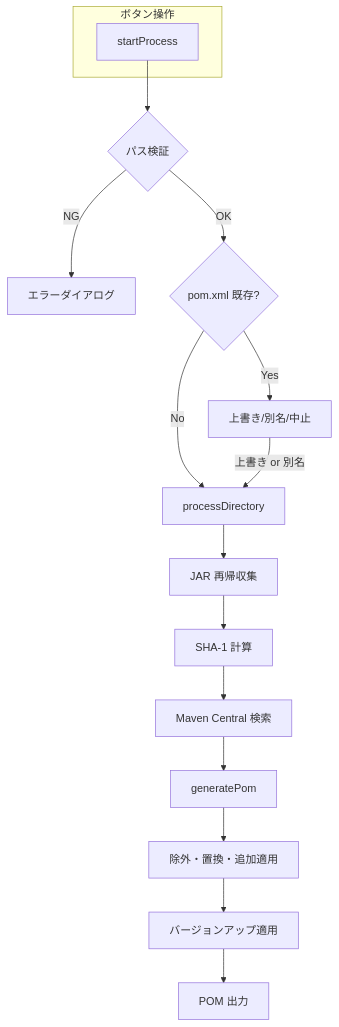
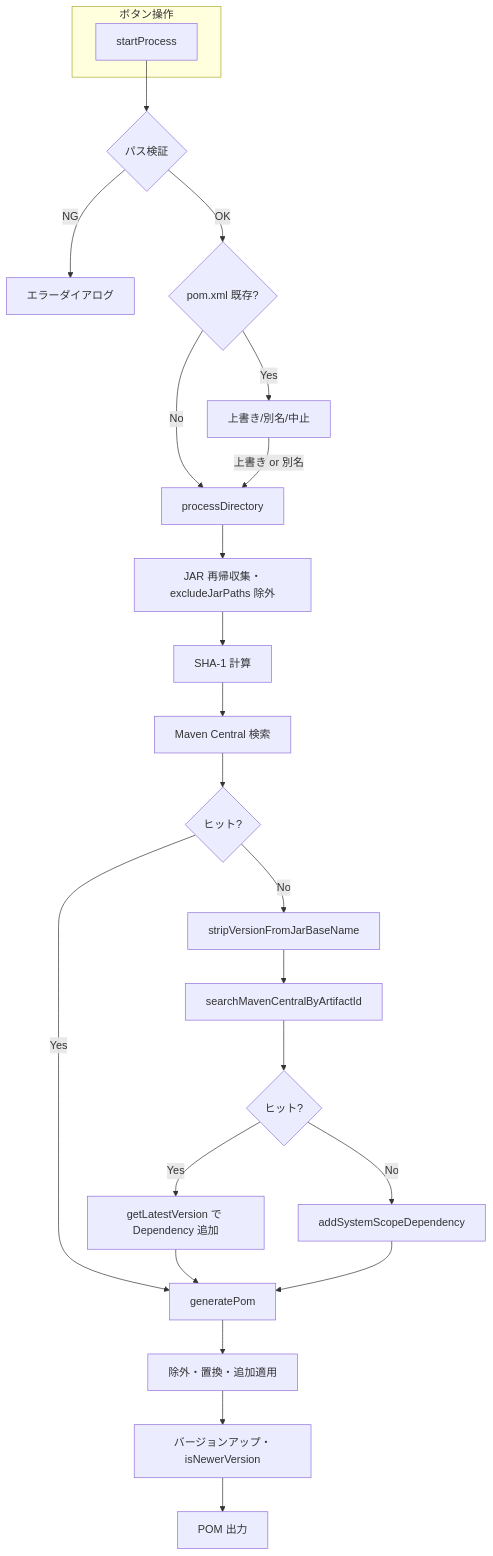
Before and after one commit to cac81571/ant-to-maven-converter: the second of 6 diagrams in docs/METHODS.md, drawn with Mermaid. The commit also changed other lines of this file and 1 other file, not shown here.

````diff
--- a/docs/METHODS.md
+++ b/docs/METHODS.md
@@ -105,19 +141,27 @@
 ```mermaid
 flowchart TB
     subgraph ボタン操作
         S[startProcess]
     end
     S --> V{パス検証}
     V -->|NG| E[エラーダイアログ]
     V -->|OK| W{pom.xml 既存?}
     W -->|Yes| O[上書き/別名/中止]
     W -->|No| P[processDirectory]
     O -->|上書き or 別名| P
-    P --> P1[JAR 再帰収集]
+    P --> P1[JAR 再帰収集・excludeJarPaths 除外]
     P1 --> P2[SHA-1 計算]
     P2 --> P3[Maven Central 検索]
-    P3 --> P4[generatePom]
+    P3 --> P3b{ヒット?}
+    P3b -->|No| P3c[stripVersionFromJarBaseName]
+    P3c --> P3d[searchMavenCentralByArtifactId]
+    P3d --> P3e{ヒット?}
+    P3e -->|Yes| P3f[getLatestVersion で Dependency 追加]
+    P3e -->|No| P3g[addSystemScopeDependency]
+    P3b -->|Yes| P4[generatePom]
+    P3f --> P4
+    P3g --> P4
     P4 --> G1[除外・置換・追加適用]
-    G1 --> G2[バージョンアップ適用]
+    G1 --> G2[バージョンアップ・isNewerVersion]
     G2 --> G3[POM 出力]
 ```
````
